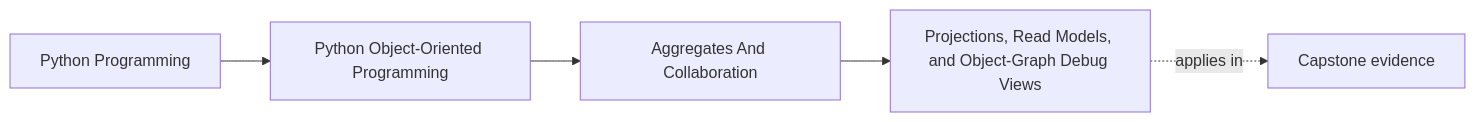
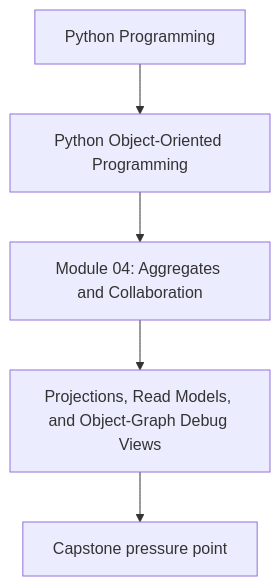
One commit to bijux/bijux-masterclass changed the first of 2 diagrams in programs/python-programming/python-object-oriented-programming/course-book/module-04-aggregates-and-collaboration/projections-read-models-and-debug-views.md. Above: the diagram before and after it, drawn with Mermaid. The commit also changed other lines of this file and 107 other files, not shown here.

Commit message:
docs(python-object-oriented-programming): align concept page diagrams

````diff
--- a/programs/python-programming/python-object-oriented-programming/course-book/module-04-aggregates-and-collaboration/projections-read-models-and-debug-views.md
+++ b/programs/python-programming/python-object-oriented-programming/course-book/module-04-aggregates-and-collaboration/projections-read-models-and-debug-views.md
@@ -7,11 +7,7 @@
 ```mermaid
-graph LR
-  family["Python Programming"]
-  program["Python Object-Oriented Programming"]
-  section["Aggregates And Collaboration"]
-  page["Projections, Read Models, and Object-Graph Debug Views"]
-  capstone["Capstone evidence"]
-
-  family --> program --> section --> page
-  page -.applies in.-> capstone
+flowchart TD
+  family["Python Programming"] --> program["Python Object-Oriented Programming"]
+  program --> module["Module 04: Aggregates and Collaboration"]
+  module --> concept["Projections, Read Models, and Object-Graph Debug Views"]
+  concept --> capstone["Capstone pressure point"]
 ```
````
